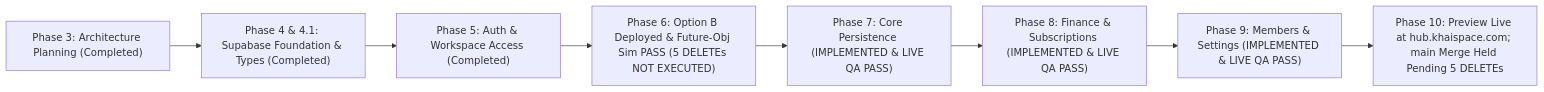
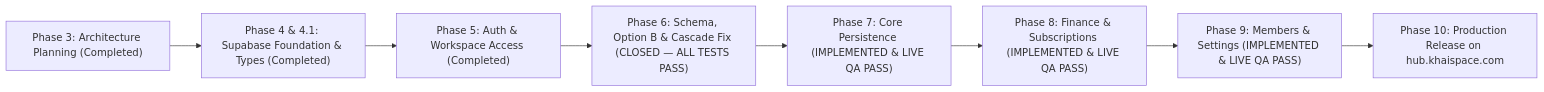
The diagram in apps/hub/docs/architecture/MIGRATION-ROADMAP.md (khairultajudin/khaispace), drawn with Mermaid before and after one commit. The commit also changed other lines of this file and 2 other files, not shown here.

Commit message:
docs(hub): close phase 6 after full psql POST_REMEDIATION verification

````diff
--- a/apps/hub/docs/architecture/MIGRATION-ROADMAP.md
+++ b/apps/hub/docs/architecture/MIGRATION-ROADMAP.md
@@ -20,10 +20,10 @@
 ```mermaid
 flowchart LR
     P3["Phase 3: Architecture Planning (Completed)"] --> P4["Phase 4 & 4.1: Supabase Foundation & Types (Completed)"]
     P4 --> P5["Phase 5: Auth & Workspace Access (Completed)"]
-    P5 --> P6["Phase 6: Option B Deployed & Future-Obj Sim PASS (5 DELETEs NOT EXECUTED)"]
+    P5 --> P6["Phase 6: Schema, Option B & Cascade Fix (CLOSED — ALL TESTS PASS)"]
     P6 --> P7["Phase 7: Core Persistence (IMPLEMENTED & LIVE QA PASS)"]
     P7 --> P8["Phase 8: Finance & Subscriptions (IMPLEMENTED & LIVE QA PASS)"]
     P8 --> P9["Phase 9: Members & Settings (IMPLEMENTED & LIVE QA PASS)"]
-    P9 --> P10["Phase 10: Preview Live at hub.khaispace.com; main Merge Held Pending 5 DELETEs"]
+    P9 --> P10["Phase 10: Production Release on hub.khaispace.com"]
 ```
````
